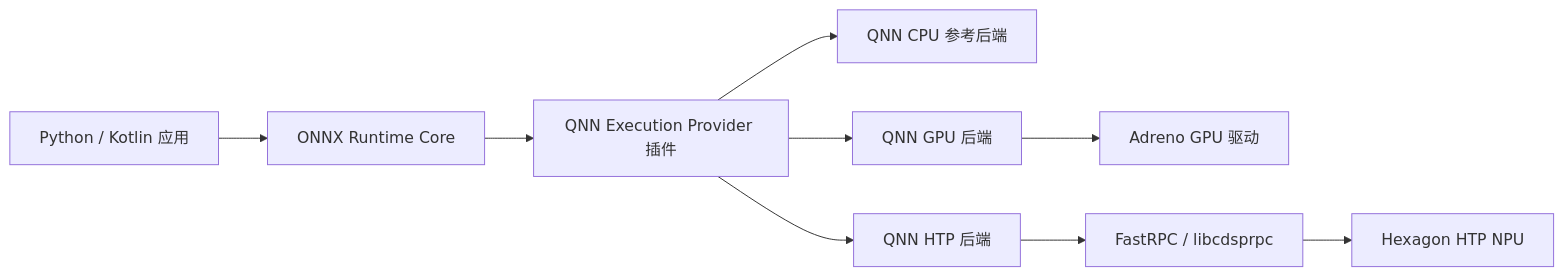
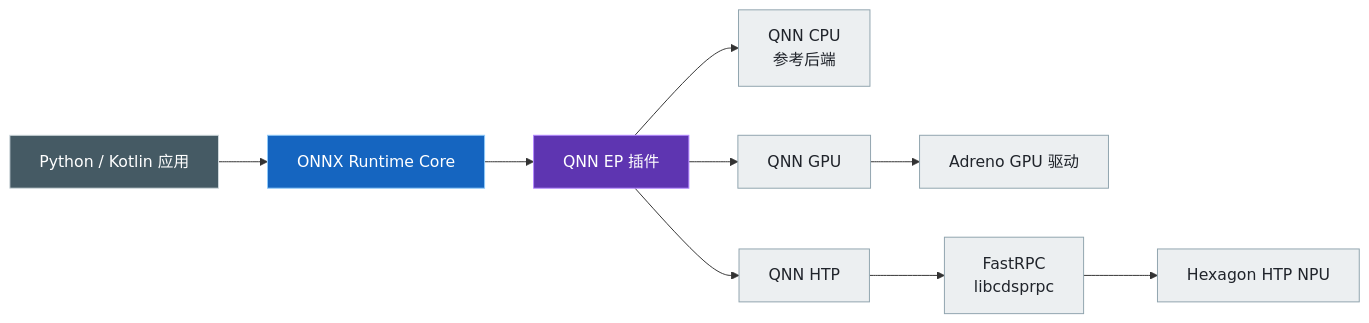
The second of 5 diagrams in Qualcomm/README.zh-CN.md (DakeQQ/Tutorial-ONNX-Runtime-Execution-Providers), drawn with Mermaid before and after one commit. The commit also changed other lines of this file and 1 other file, not shown here.

````diff
--- a/Qualcomm/README.zh-CN.md
+++ b/Qualcomm/README.zh-CN.md
@@ -105,11 +132,17 @@
 ```mermaid
 flowchart LR
-    APP[Python / Kotlin 应用] --> ORT[ONNX Runtime Core]
-    ORT --> PLUGIN[QNN Execution Provider 插件]
-    PLUGIN --> CPU[QNN CPU 参考后端]
-    PLUGIN --> GPU[QNN GPU 后端]
-    PLUGIN --> HTP[QNN HTP 后端]
-    GPU --> ADRENO[Adreno GPU 驱动]
-    HTP --> FASTRPC[FastRPC / libcdsprpc]
-    FASTRPC --> HEXAGON[Hexagon HTP NPU]
+    APP["Python / Kotlin 应用"] --> ORT["ONNX Runtime Core"]
+    ORT --> PLUGIN["QNN EP 插件"]
+    PLUGIN --> CPU["QNN CPU<br/>参考后端"]
+    PLUGIN --> GPU["QNN GPU"]
+    PLUGIN --> HTP["QNN HTP"]
+    GPU --> ADRENO["Adreno GPU 驱动"]
+    HTP --> FASTRPC["FastRPC<br/>libcdsprpc"]
+    FASTRPC --> HEXAGON["Hexagon HTP NPU"]
+
+    style APP fill:#455a64,stroke:#cfd8dc,color:#ffffff
+    style ORT fill:#1565c0,stroke:#90caf9,color:#ffffff
+    style PLUGIN fill:#5e35b1,stroke:#b388ff,color:#ffffff
+    classDef leaf fill:#eceff1,stroke:#90a4ae,color:#20242b
+    class CPU,GPU,HTP,ADRENO,FASTRPC,HEXAGON leaf
 ```
````
